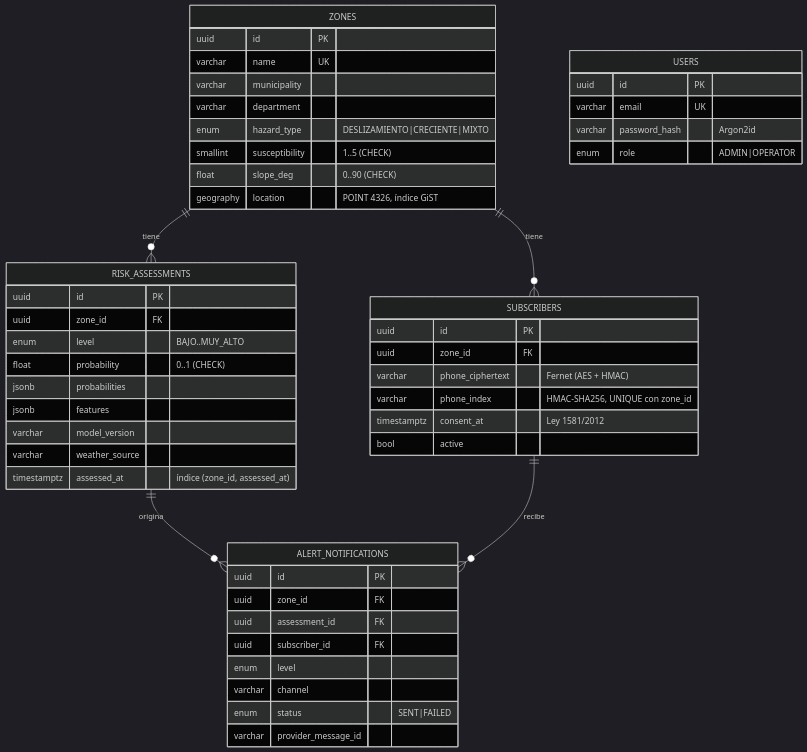
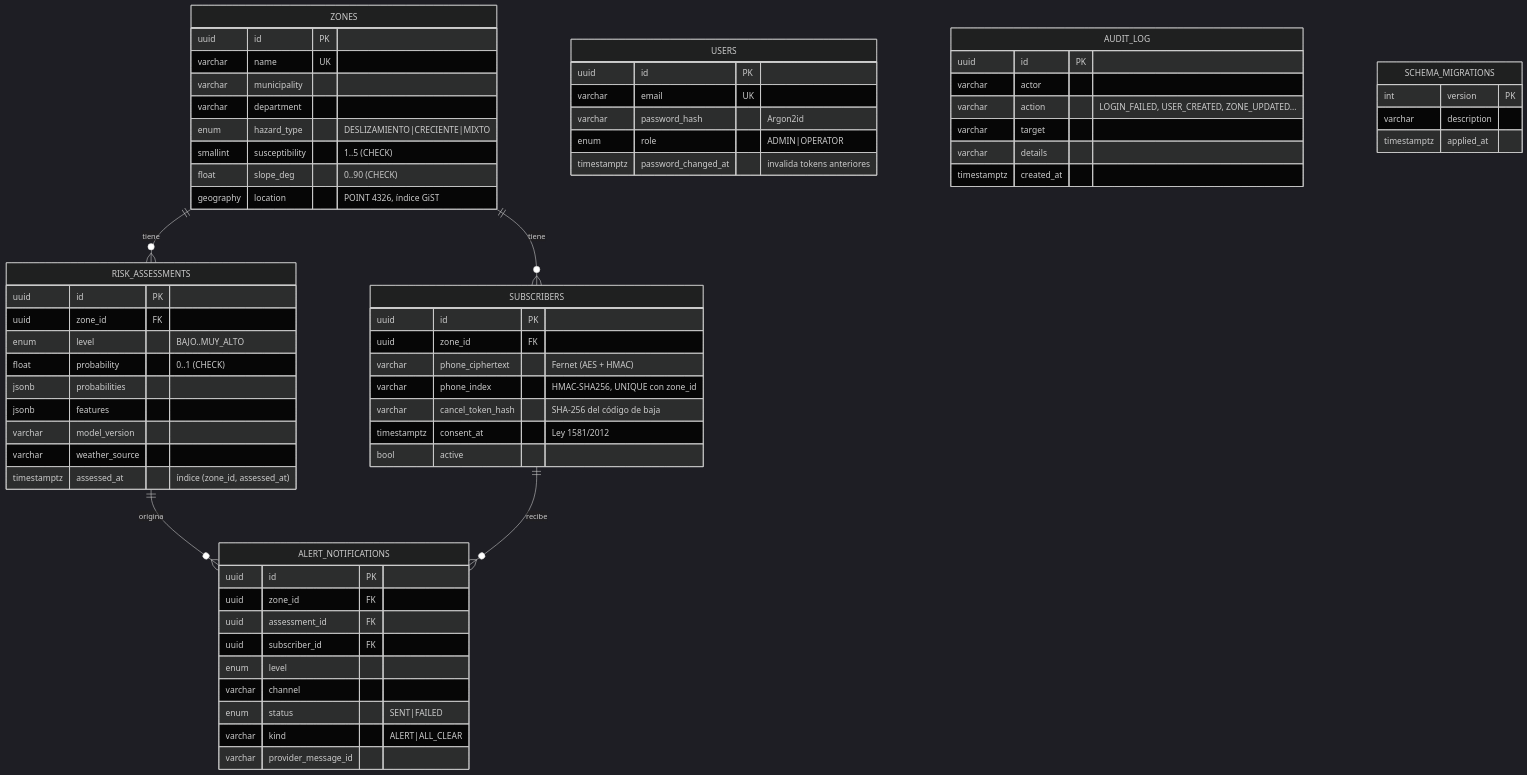
Before and after one commit to Andres766/alerta-sin-red-backend: the third of 4 diagrams in docs/ARQUITECTURA.md, drawn with Mermaid (dark theme). The commit also changed other lines of this file and 1 other file, not shown here.

````diff
--- a/docs/ARQUITECTURA.md
+++ b/docs/ARQUITECTURA.md
@@ -236,53 +242,69 @@
 ```mermaid
 erDiagram
   ZONES ||--o{ RISK_ASSESSMENTS : "tiene"
   ZONES ||--o{ SUBSCRIBERS : "tiene"
   RISK_ASSESSMENTS ||--o{ ALERT_NOTIFICATIONS : "origina"
   SUBSCRIBERS ||--o{ ALERT_NOTIFICATIONS : "recibe"
 
   ZONES {
     uuid id PK
     varchar name UK
     varchar municipality
     varchar department
     enum hazard_type "DESLIZAMIENTO|CRECIENTE|MIXTO"
     smallint susceptibility "1..5 (CHECK)"
     float slope_deg "0..90 (CHECK)"
     geography location "POINT 4326, índice GiST"
   }
   RISK_ASSESSMENTS {
     uuid id PK
     uuid zone_id FK
     enum level "BAJO..MUY_ALTO"
     float probability "0..1 (CHECK)"
     jsonb probabilities
     jsonb features
     varchar model_version
     varchar weather_source
     timestamptz assessed_at "índice (zone_id, assessed_at)"
   }
   SUBSCRIBERS {
     uuid id PK
     uuid zone_id FK
     varchar phone_ciphertext "Fernet (AES + HMAC)"
     varchar phone_index "HMAC-SHA256, UNIQUE con zone_id"
+    varchar cancel_token_hash "SHA-256 del código de baja"
     timestamptz consent_at "Ley 1581/2012"
     bool active
   }
   ALERT_NOTIFICATIONS {
     uuid id PK
     uuid zone_id FK
     uuid assessment_id FK
     uuid subscriber_id FK
     enum level
     varchar channel
     enum status "SENT|FAILED"
+    varchar kind "ALERT|ALL_CLEAR"
     varchar provider_message_id
   }
   USERS {
     uuid id PK
     varchar email UK
     varchar password_hash "Argon2id"
     enum role "ADMIN|OPERATOR"
+    timestamptz password_changed_at "invalida tokens anteriores"
+  }
+  AUDIT_LOG {
+    uuid id PK
+    varchar actor
+    varchar action "LOGIN_FAILED, USER_CREATED, ZONE_UPDATED…"
+    varchar target
+    varchar details
+    timestamptz created_at
+  }
+  SCHEMA_MIGRATIONS {
+    int version PK
+    varchar description
+    timestamptz applied_at
   }
 ```
````
